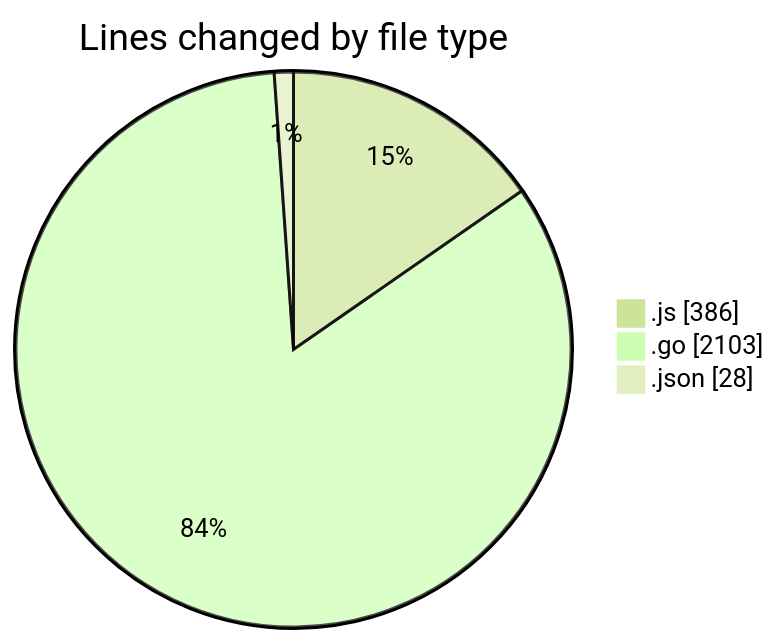
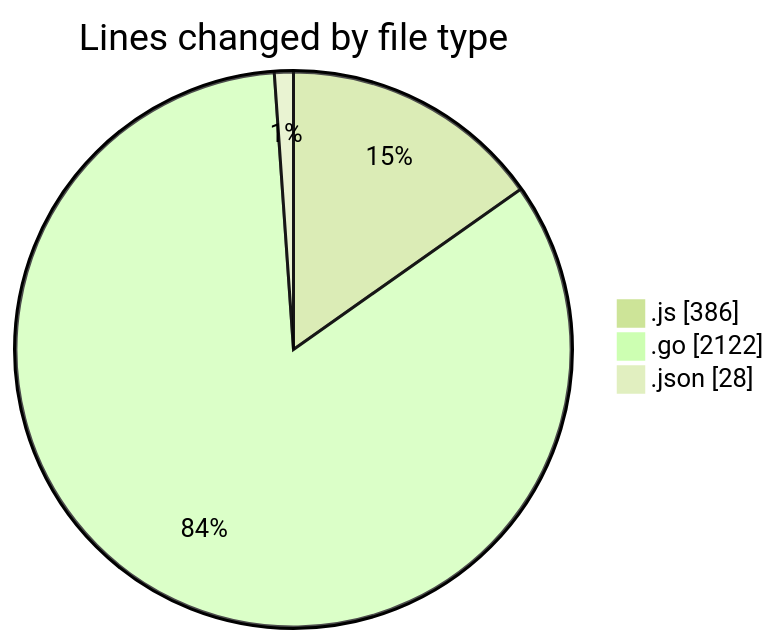
Before and after one commit to robertbonfada/code-tracking: the first of 2 diagrams in 2025-03-04/simulador-serial/README.md, drawn with Mermaid (forest theme). The commit also changed other lines of this file and 1 other file, not shown here.

````diff
--- a/2025-03-04/simulador-serial/README.md
+++ b/2025-03-04/simulador-serial/README.md
@@ -27,7 +27,7 @@
 ```mermaid
 pie showData
 title Lines changed by file type
 ".js" : 386
-".go" : 2103
+".go" : 2122
 ".json" : 28
 ```
````
